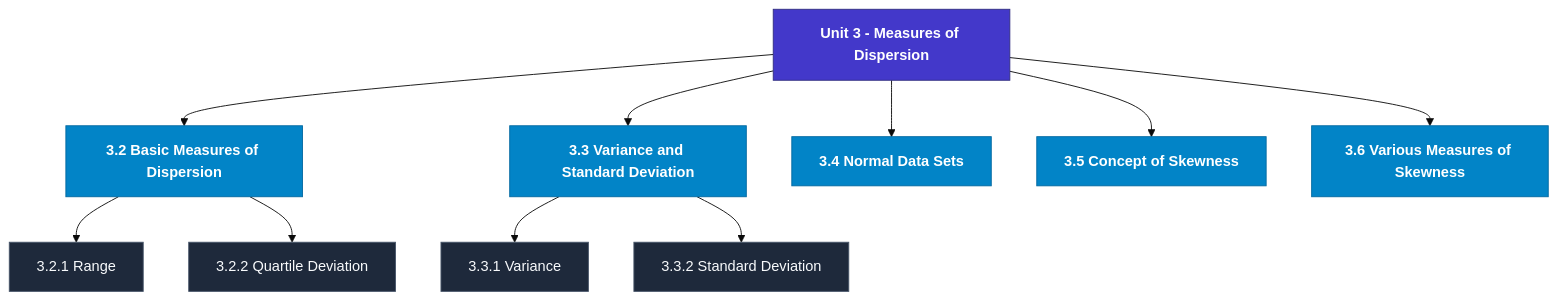
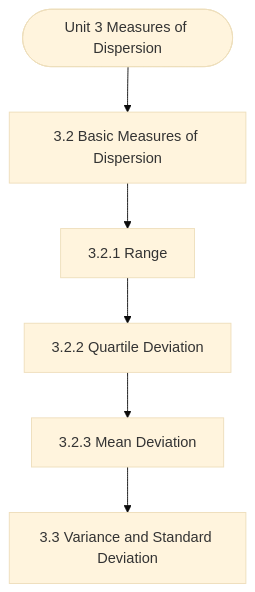
One commit to Asutosh-Coaching/mscdsa changed the diagram in notes/Semester_2/MCS-066_Mathematical_Foundations_-_II/unit_03_Measures_of_Dispersion.md. Above: the diagram before and after it, drawn with Mermaid (base theme). The commit also changed other lines of this file and 115 other files, not shown here.

Commit message:
Fix Mermaid layout for mobile, isolate LaTeX delimiters, and add GitHub Pages reader

````diff
--- a/notes/Semester_2/MCS-066_Mathematical_Foundations_-_II/unit_03_Measures_of_Dispersion.md
+++ b/notes/Semester_2/MCS-066_Mathematical_Foundations_-_II/unit_03_Measures_of_Dispersion.md
@@ -19,27 +19,14 @@
 ```mermaid
 flowchart TD
-  %% Styling Definitions
-  classDef head fill:#4338ca,stroke:#312e81,color:#ffffff,font-weight:bold;
-  classDef topic fill:#0284c7,stroke:#0369a1,color:#ffffff,font-weight:600;
-  classDef sub fill:#1e293b,stroke:#475569,color:#f8fafc;
-
-  Root["Unit 3 - Measures of Dispersion"]:::head
-  M1["3.2 Basic Measures of Dispersion"]:::topic
-  Root --> M1
-  M1_1["3.2.1 Range"]:::sub
-  M1 --> M1_1
-  M1_2["3.2.2 Quartile Deviation"]:::sub
-  M1 --> M1_2
-  M2["3.3 Variance and Standard Deviation"]:::topic
-  Root --> M2
-  M2_1["3.3.1 Variance"]:::sub
-  M2 --> M2_1
-  M2_2["3.3.2 Standard Deviation"]:::sub
-  M2 --> M2_2
-  M3["3.4 Normal Data Sets"]:::topic
-  Root --> M3
-  M4["3.5 Concept of Skewness"]:::topic
-  Root --> M4
-  M5["3.6 Various Measures of Skewness"]:::topic
-  Root --> M5
+  Start(["Unit 3 Measures of Dispersion"])
+  N1["3.2 Basic Measures of Dispersion"]
+  N2["3.2.1 Range"]
+  N3["3.2.2 Quartile Deviation"]
+  N4["3.2.3 Mean Deviation"]
+  N5["3.3 Variance and Standard Deviation"]
+  Start --> N1
+  N1 --> N2
+  N2 --> N3
+  N3 --> N4
+  N4 --> N5
 ```
````
